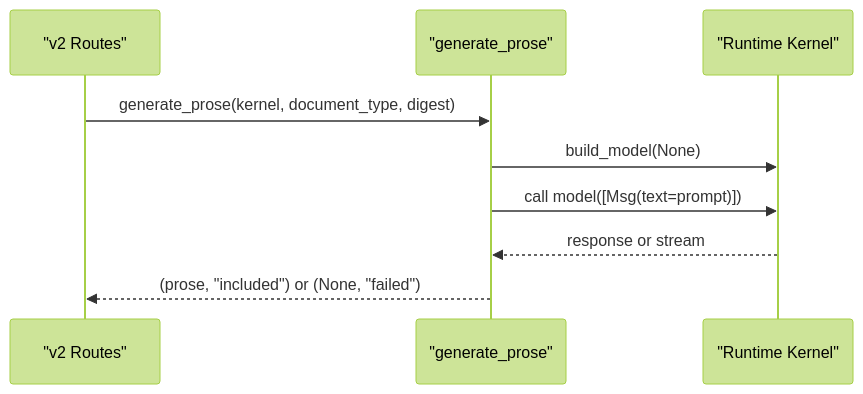
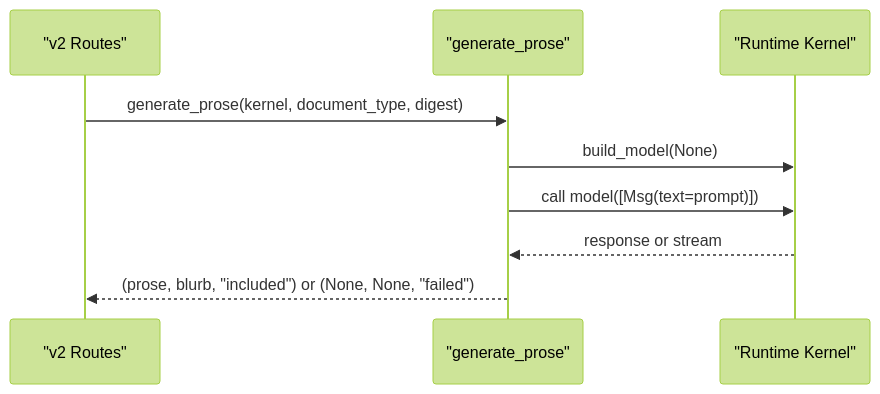
One commit to metasync/luban-aiops changed the fifth of 8 diagrams in .qoder/repowiki/en/content/Architecture Documentation/SPEC-039_ Operations Document Repository Specification.md. Above: the diagram before and after it, drawn with Mermaid (forest theme). The commit also changed other lines of this file and 22 other files, not shown here.

````diff
--- a/.qoder/repowiki/en/content/Architecture Documentation/SPEC-039_ Operations Document Repository Specification.md
+++ b/.qoder/repowiki/en/content/Architecture Documentation/SPEC-039_ Operations Document Repository Specification.md
@@ -240,11 +244,11 @@
 ```mermaid
 sequenceDiagram
 participant Route as "v2 Routes"
 participant Prose as "generate_prose"
 participant Kernel as "Runtime Kernel"
 Route->>Prose : generate_prose(kernel, document_type, digest)
 Prose->>Kernel : build_model(None)
 Prose->>Kernel : call model([Msg(text=prompt)])
 Kernel-->>Prose : response or stream
-Prose-->>Route : (prose, "included") or (None, "failed")
+Prose-->>Route : (prose, blurb, "included") or (None, None, "failed")
 ```
````
